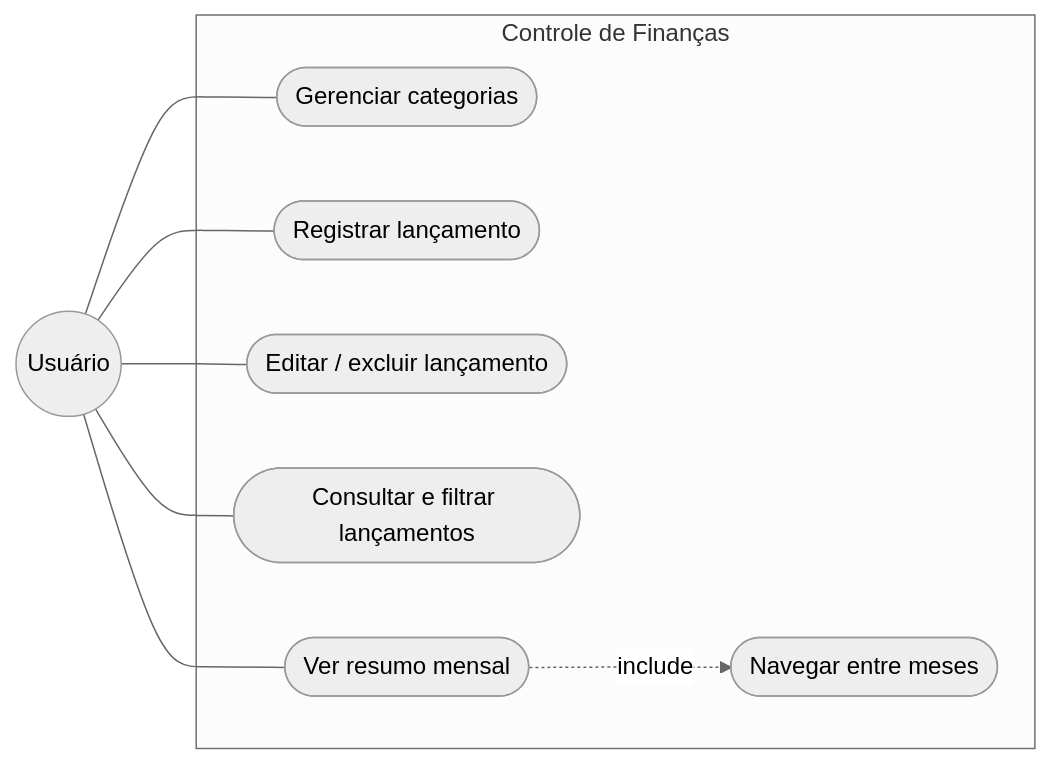
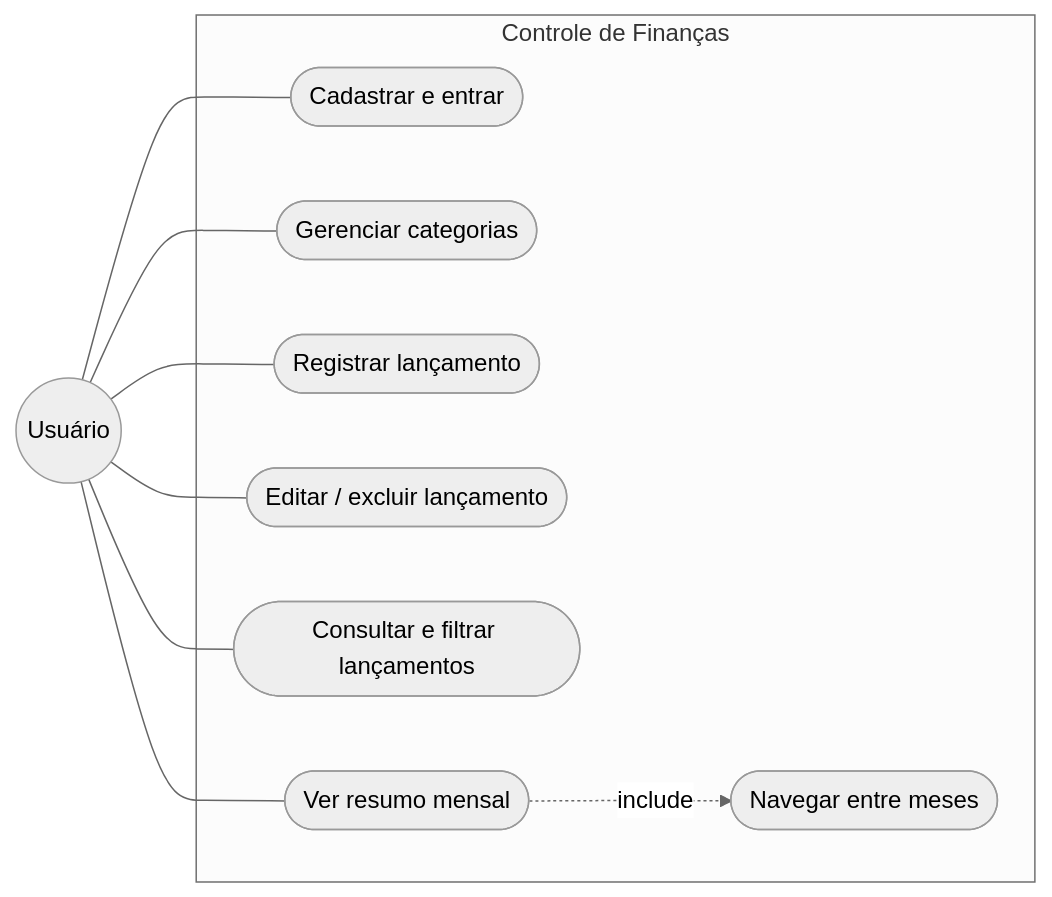
Before and after one commit to AugustoOL/controle-financas: the first of 5 diagrams in docs/02-modelagem-uml.md, drawn with Mermaid (neutral theme). The commit also changed other lines of this file and 27 other files, not shown here.

````diff
--- a/docs/02-modelagem-uml.md
+++ b/docs/02-modelagem-uml.md
@@ -6,18 +6,20 @@
 ```mermaid
 flowchart LR
     U((Usuário))
     subgraph Sistema["Controle de Finanças"]
+        UC0([Cadastrar e entrar])
         UC1([Gerenciar categorias])
         UC2([Registrar lançamento])
         UC3([Editar / excluir lançamento])
         UC4([Consultar e filtrar lançamentos])
         UC5([Ver resumo mensal])
         UC6([Navegar entre meses])
     end
+    U --- UC0
     U --- UC1
     U --- UC2
     U --- UC3
     U --- UC4
     U --- UC5
     UC5 -. include .-> UC6
 ```
````
